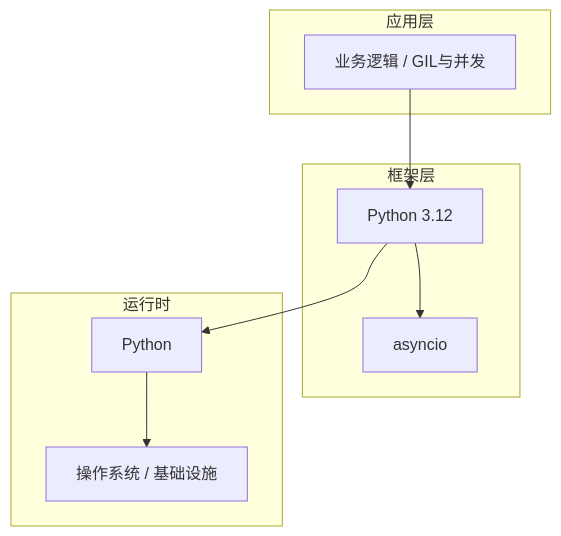
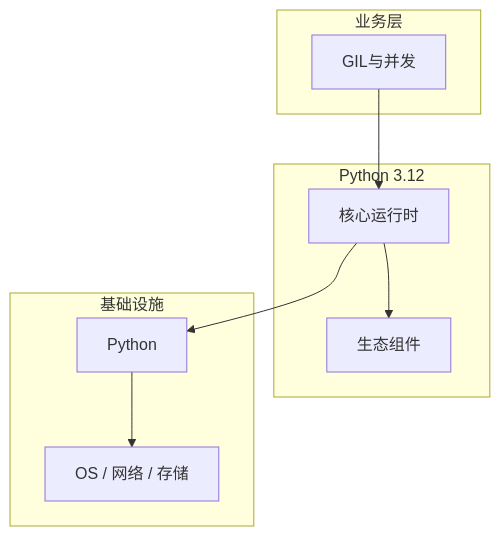
One commit to yanggan2015/knowledge-json-v2 changed the diagram in articles/Python高级/chapters/009-GIL与并发核心概念与原理.md. Above: the diagram before and after it, drawn with Mermaid. The commit also changed other lines of this file and 10127 other files, not shown here.

````diff
--- a/articles/Python高级/chapters/009-GIL与并发核心概念与原理.md
+++ b/articles/Python高级/chapters/009-GIL与并发核心概念与原理.md
@@ -45,18 +34,18 @@
 ```mermaid
 graph TB
-    subgraph 应用层
-        A[业务逻辑 / GIL与并发]
+    subgraph 业务层
+        A[GIL与并发]
     end
-    subgraph 框架层
-        B[Python 3.12]
-        C[asyncio]
+    subgraph Python 3.12
+        B[核心运行时]
+        C[生态组件]
     end
-    subgraph 运行时
+    subgraph 基础设施
         D[Python]
-        E[操作系统 / 基础设施]
+        E[OS / 网络 / 存储]
     end
     A --> B
     B --> C
     B --> D
     D --> E
 ```
````
